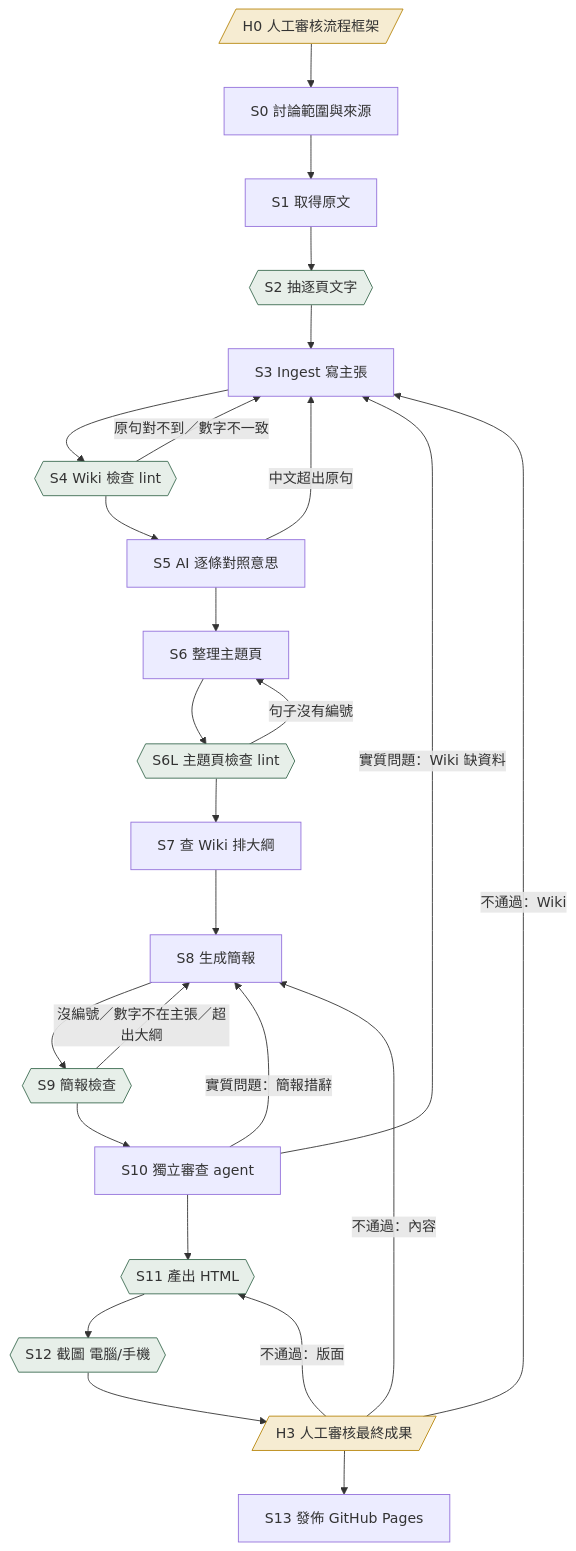
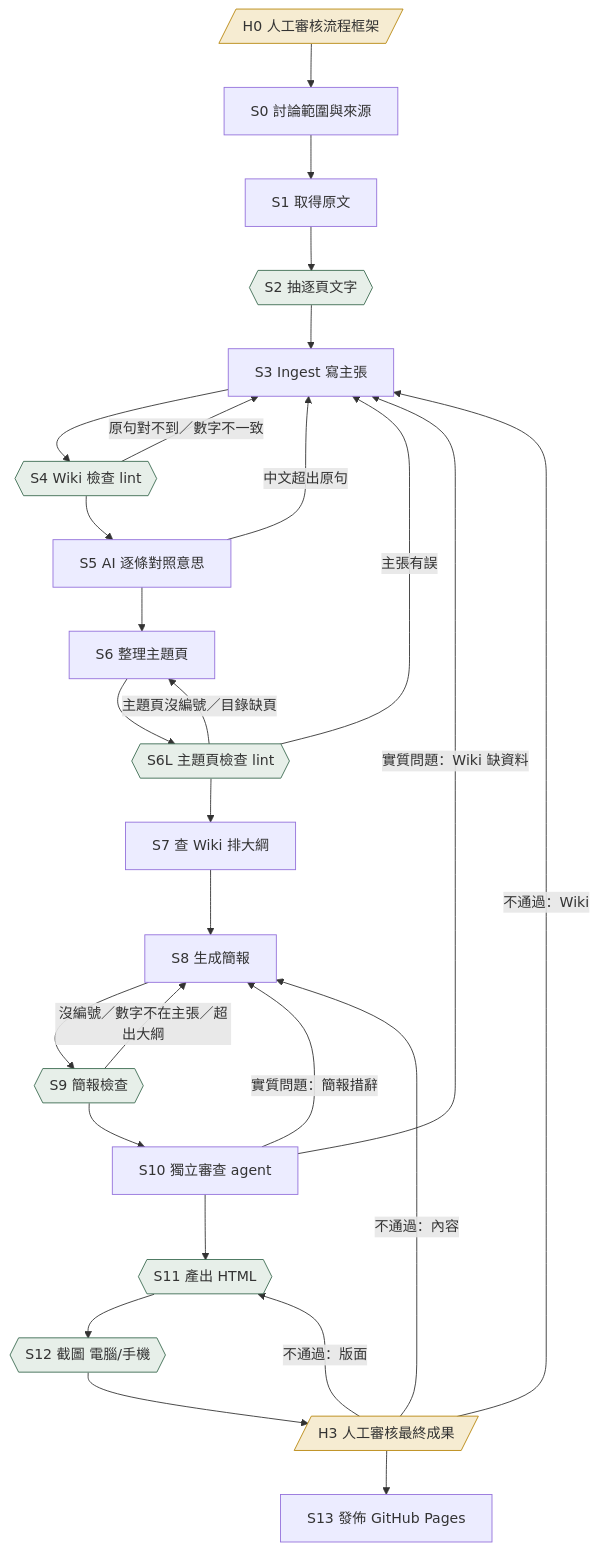
Before and after one commit to Chen-MouChin/cat-food-wiki: the diagram in README.md, drawn with Mermaid. The commit also changed other lines of this file and 32 other files, not shown here.

Commit message:
產出: 執行 2026-11-20-2 走到 H3（第 8 輪審查實質 0）；修正 run_graph 的 S6L 分流與圖不一致

````diff
--- a/README.md
+++ b/README.md
@@ -31,49 +31,50 @@
 ```mermaid
 flowchart TD
   H0[/"H0 人工審核流程框架"/]
   S0["S0 討論範圍與來源"]
   S1["S1 取得原文"]
   S2{{"S2 抽逐頁文字"}}
   S3["S3 Ingest 寫主張"]
   S4{{"S4 Wiki 檢查 lint"}}
   S5["S5 AI 逐條對照意思"]
   S6["S6 整理主題頁"]
   S6L{{"S6L 主題頁檢查 lint"}}
   S7["S7 查 Wiki 排大綱"]
   S8["S8 生成簡報"]
   S9{{"S9 簡報檢查"}}
   S10["S10 獨立審查 agent"]
   S11{{"S11 產出 HTML"}}
   S12{{"S12 截圖 電腦/手機"}}
   H3[/"H3 人工審核最終成果"/]
   S13["S13 發佈 GitHub Pages"]
   H0 --> S0
   S0 --> S1
   S1 --> S2
   S2 --> S3
   S3 --> S4
   S4 -- 原句對不到／數字不一致 --> S3
   S4 --> S5
   S5 -- 中文超出原句 --> S3
   S5 --> S6
   S6 --> S6L
-  S6L -- 句子沒有編號 --> S6
+  S6L -- 主題頁沒編號／目錄缺頁 --> S6
+  S6L -- 主張有誤 --> S3
   S6L --> S7
   S7 --> S8
   S8 --> S9
   S9 -- 沒編號／數字不在主張／超出大綱 --> S8
   S9 --> S10
   S10 -- 實質問題：簡報措辭 --> S8
   S10 -- 實質問題：Wiki 缺資料 --> S3
   S10 --> S11
   S11 --> S12
   S12 --> H3
   H3 -- 不通過：內容 --> S8
   H3 -- 不通過：Wiki --> S3
   H3 -- 不通過：版面 --> S11
   H3 --> S13
   classDef auto fill:#e7efe9,stroke:#3b6a50
   classDef human fill:#f6ecd2,stroke:#b8860b
   class S2,S4,S6L,S9,S11,S12 auto
   class H0,H3 human
 ```
````
